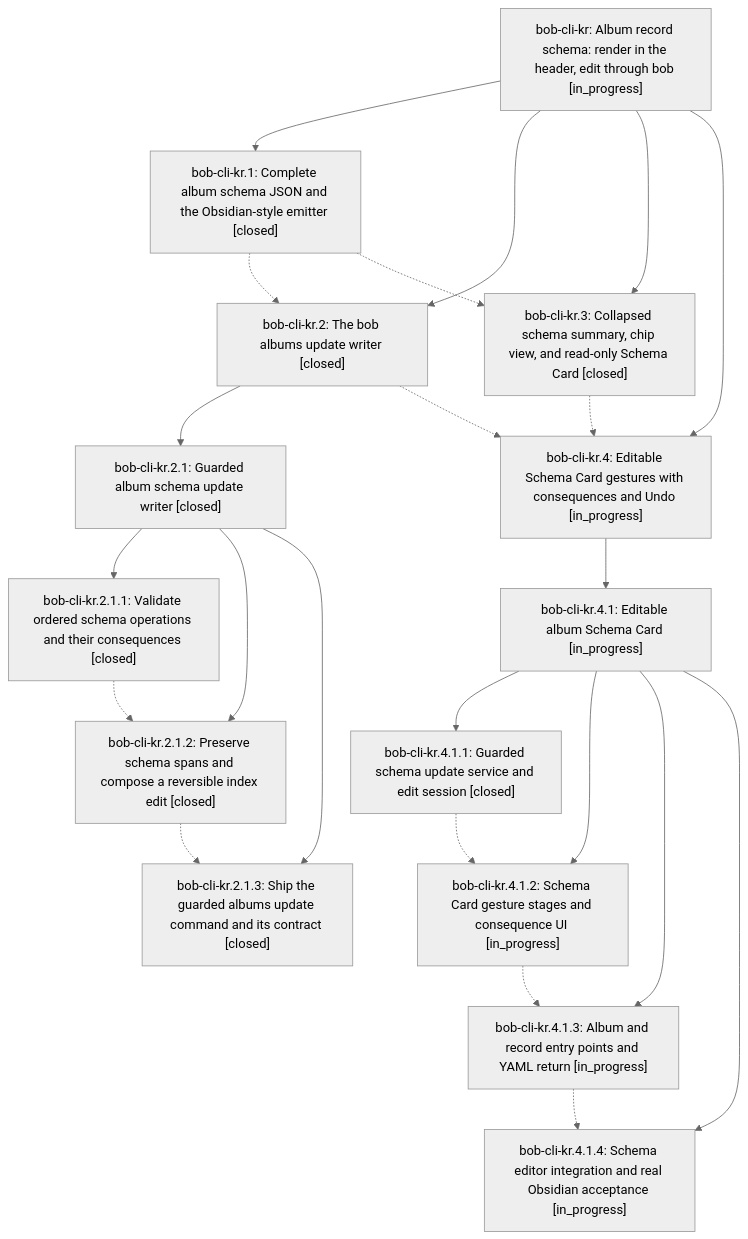
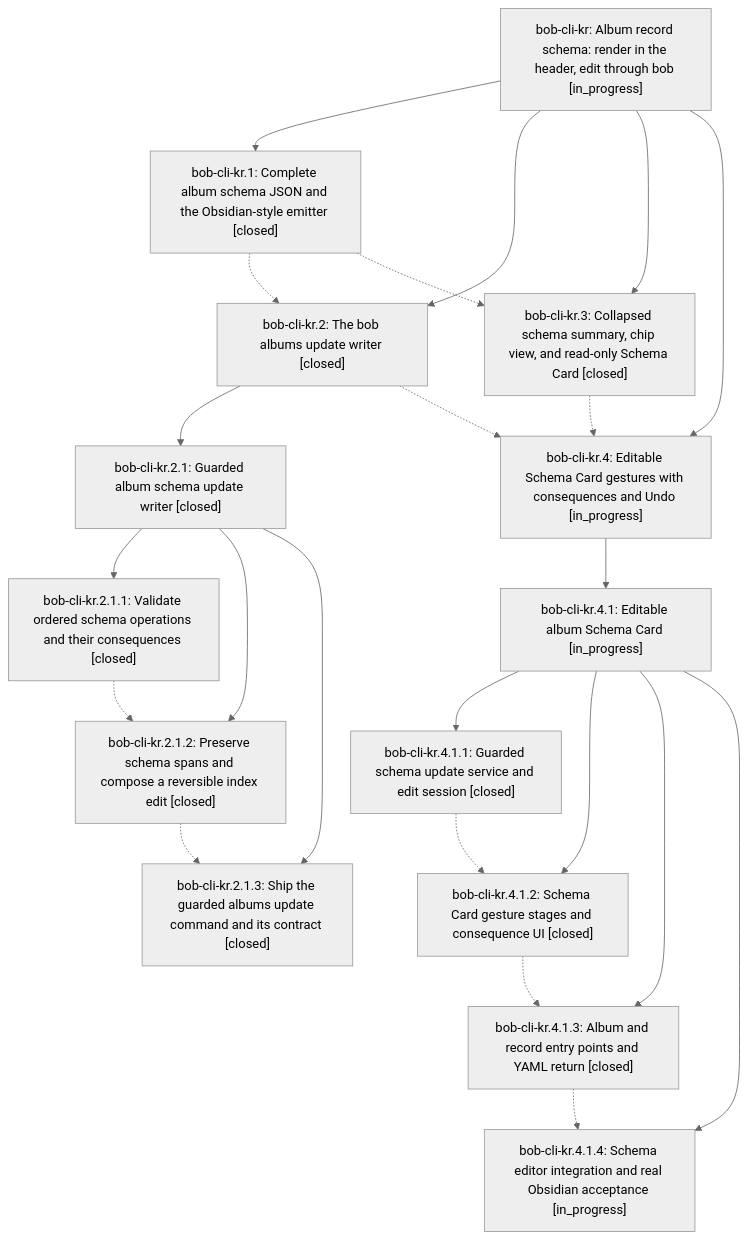
The diagram in pages/bob-cli-kr/README.md (bobs-org/bob-cli--beads), drawn with Mermaid (neutral theme) before and after one commit. The commit also changed other lines of this file and 6 other files, not shown here.

First line of the commit message:
chore(beads): sync bead state and pages for bob-cli-kr

````diff
--- a/pages/bob-cli-kr/README.md
+++ b/pages/bob-cli-kr/README.md
@@ -47,39 +50,39 @@
 ```mermaid
 flowchart TD
     n0["bob-cli-kr: Album record schema: render in the header, edit through bob [in_progress]"]
     n1["bob-cli-kr.1: Complete album schema JSON and the Obsidian-style emitter [closed]"]
     n2["bob-cli-kr.2: The bob albums update writer [closed]"]
     n3["bob-cli-kr.2.1: Guarded album schema update writer [closed]"]
     n4["bob-cli-kr.2.1.1: Validate ordered schema operations and their consequences [closed]"]
     n5["bob-cli-kr.2.1.2: Preserve schema spans and compose a reversible index edit [closed]"]
     n6["bob-cli-kr.2.1.3: Ship the guarded albums update command and its contract [closed]"]
     n7["bob-cli-kr.3: Collapsed schema summary, chip view, and read-only Schema Card [closed]"]
     n8["bob-cli-kr.4: Editable Schema Card gestures with consequences and Undo [in_progress]"]
     n9["bob-cli-kr.4.1: Editable album Schema Card [in_progress]"]
     n10["bob-cli-kr.4.1.1: Guarded schema update service and edit session [closed]"]
-    n11["bob-cli-kr.4.1.2: Schema Card gesture stages and consequence UI [in_progress]"]
-    n12["bob-cli-kr.4.1.3: Album and record entry points and YAML return [in_progress]"]
+    n11["bob-cli-kr.4.1.2: Schema Card gesture stages and consequence UI [closed]"]
+    n12["bob-cli-kr.4.1.3: Album and record entry points and YAML return [closed]"]
     n13["bob-cli-kr.4.1.4: Schema editor integration and real Obsidian acceptance [in_progress]"]
     n0 --> n1
     n0 --> n2
     n2 --> n3
     n3 --> n4
     n3 --> n5
     n3 --> n6
     n0 --> n7
     n0 --> n8
     n8 --> n9
     n9 --> n10
     n9 --> n11
     n9 --> n12
     n9 --> n13
     n1 -.-> n2
     n1 -.-> n7
     n2 -.-> n8
     n4 -.-> n5
     n5 -.-> n6
     n7 -.-> n8
     n10 -.-> n11
     n11 -.-> n12
     n12 -.-> n13
 ```
````
